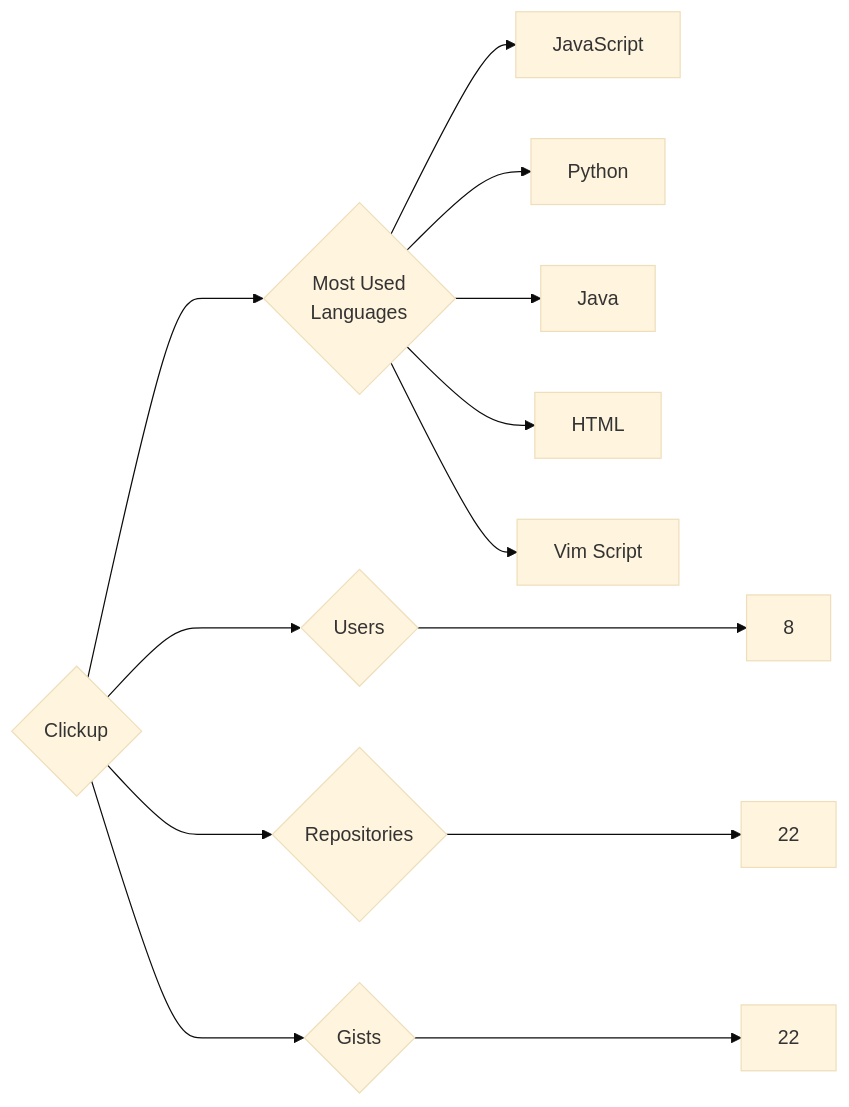
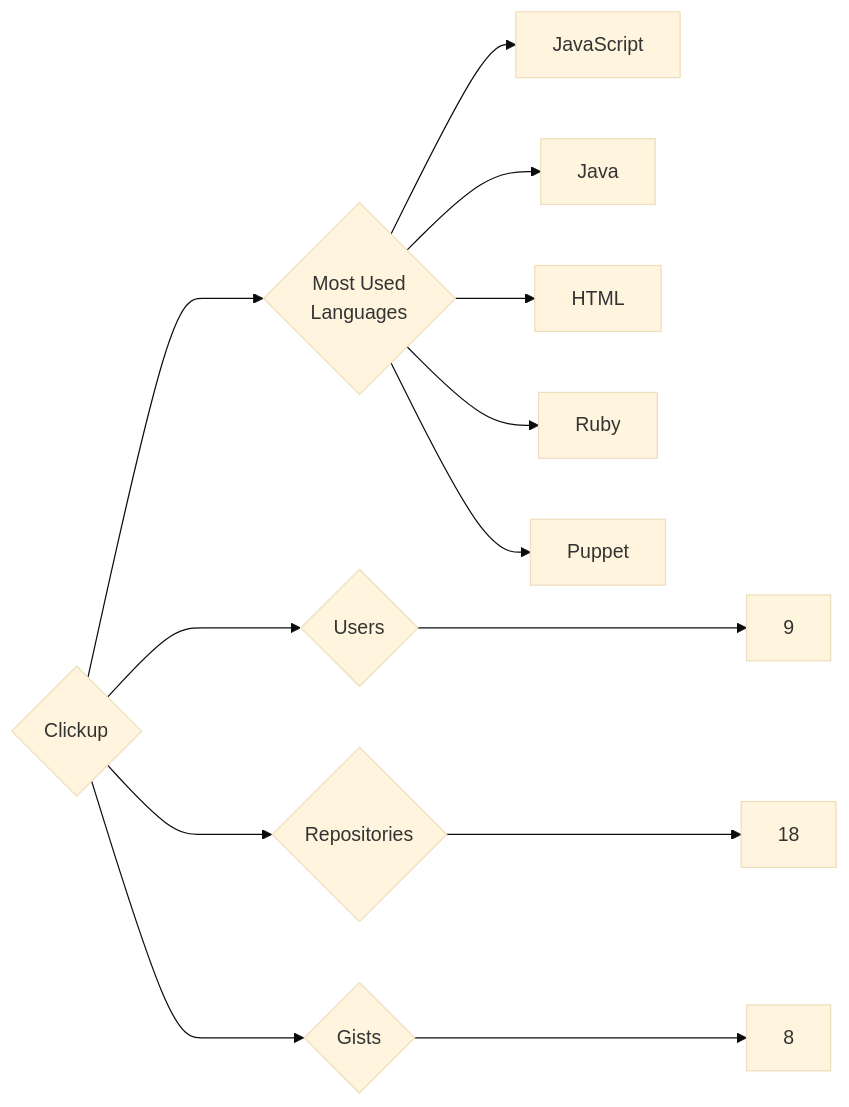
One commit to trickest/insiders changed the diagram in targets/Clickup/README.md. Above: the diagram before and after it, drawn with Mermaid (base theme). The commit also changed 1175 other files, not shown here.

````diff
--- a/targets/Clickup/README.md
+++ b/targets/Clickup/README.md
@@ -3,13 +3,13 @@
 ```mermaid
 graph LR
 COMPANY_NAME{Clickup}
-COMPANY_NAME ---> U{Users} ---> UN[8]
-COMPANY_NAME ---> R{Repositories} ---> RN[22]
-COMPANY_NAME ---> G{Gists} ---> GN[22]
+COMPANY_NAME ---> U{Users} ---> UN[9]
+COMPANY_NAME ---> R{Repositories} ---> RN[18]
+COMPANY_NAME ---> G{Gists} ---> GN[8]
 COMPANY_NAME ---> ML{Most Used<br>Languages}
 ML --> JavaScript[JavaScript]
-ML --> Python[Python]
 ML --> Java[Java]
 ML --> HTML[HTML]
-ML --> Vim_Script[Vim Script]
+ML --> Ruby[Ruby]
+ML --> Puppet[Puppet]
 ```
````
